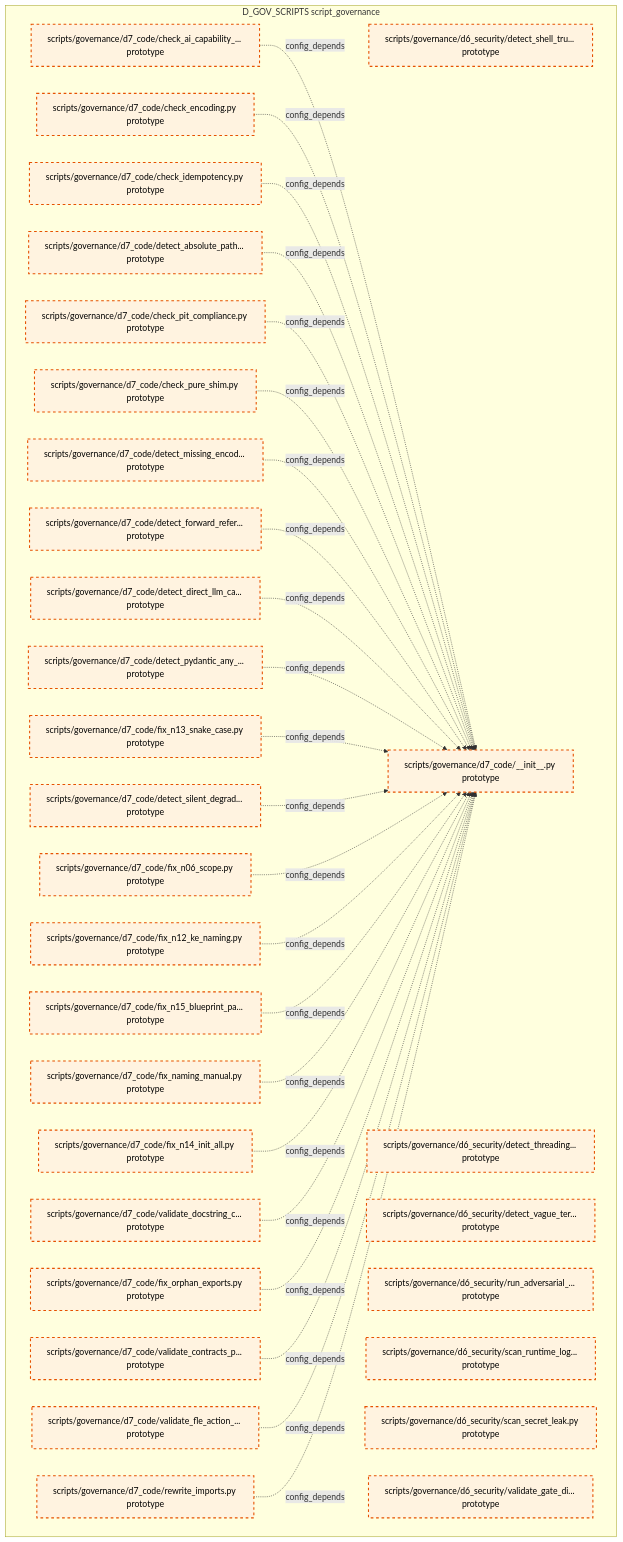
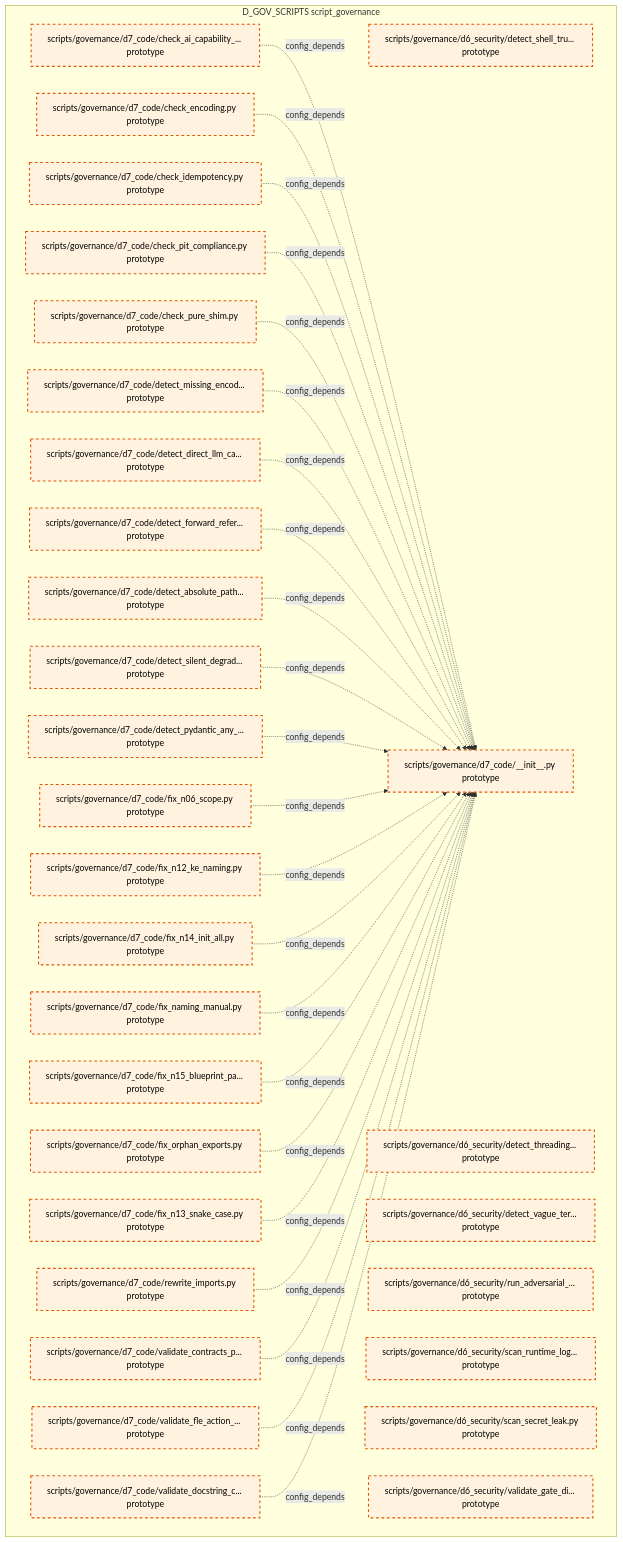
Before and after one commit to xuanFelixVan/ZephyrAlpha: the tenth of 15 diagrams in docs/02_enterprise_architecture/02_domain_architecture_docs/36_d_gov_scripts.md, drawn with Mermaid. The commit also changed other lines of this file and 99 other files, not shown here.

````diff
--- a/docs/02_enterprise_architecture/02_domain_architecture_docs/36_d_gov_scripts.md
+++ b/docs/02_enterprise_architecture/02_domain_architecture_docs/36_d_gov_scripts.md
@@ -688,62 +690,62 @@
 ```mermaid
 graph TD
     subgraph D_GOV_SCRIPTS["D_GOV_SCRIPTS script_governance"]
         scripts_governance_d6_security_detect_shell_true_py["scripts/governance/d6_security/detect_shell_tru... prototype"]
         scripts_governance_d6_security_detect_threading_lock_py["scripts/governance/d6_security/detect_threading... prototype"]
         scripts_governance_d6_security_detect_vague_terms_py["scripts/governance/d6_security/detect_vague_ter... prototype"]
         scripts_governance_d6_security_run_adversarial_checks_py["scripts/governance/d6_security/run_adversarial_... prototype"]
         scripts_governance_d6_security_scan_runtime_log_secrets_py["scripts/governance/d6_security/scan_runtime_log... prototype"]
         scripts_governance_d6_security_scan_secret_leak_py["scripts/governance/d6_security/scan_secret_leak.py prototype"]
         scripts_governance_d6_security_validate_gate_discipline_py["scripts/governance/d6_security/validate_gate_di... prototype"]
         scripts_governance_d7_code_init_py["scripts/governance/d7_code/__init__.py prototype"]
         scripts_governance_d7_code_check_ai_capability_boundary_py["scripts/governance/d7_code/check_ai_capability_... prototype"]
         scripts_governance_d7_code_check_encoding_py["scripts/governance/d7_code/check_encoding.py prototype"]
         scripts_governance_d7_code_check_idempotency_py["scripts/governance/d7_code/check_idempotency.py prototype"]
         scripts_governance_d7_code_check_pit_compliance_py["scripts/governance/d7_code/check_pit_compliance.py prototype"]
         scripts_governance_d7_code_check_pure_shim_py["scripts/governance/d7_code/check_pure_shim.py prototype"]
         scripts_governance_d7_code_detect_absolute_path_hardcoding_py["scripts/governance/d7_code/detect_absolute_path... prototype"]
         scripts_governance_d7_code_detect_direct_llm_calls_py["scripts/governance/d7_code/detect_direct_llm_ca... prototype"]
         scripts_governance_d7_code_detect_forward_reference_py["scripts/governance/d7_code/detect_forward_refer... prototype"]
         scripts_governance_d7_code_detect_missing_encoding_py["scripts/governance/d7_code/detect_missing_encod... prototype"]
         scripts_governance_d7_code_detect_pydantic_any_fields_py["scripts/governance/d7_code/detect_pydantic_any_... prototype"]
         scripts_governance_d7_code_detect_silent_degradation_py["scripts/governance/d7_code/detect_silent_degrad... prototype"]
         scripts_governance_d7_code_fix_n06_scope_py["scripts/governance/d7_code/fix_n06_scope.py prototype"]
         scripts_governance_d7_code_fix_n12_ke_naming_py["scripts/governance/d7_code/fix_n12_ke_naming.py prototype"]
         scripts_governance_d7_code_fix_n13_snake_case_py["scripts/governance/d7_code/fix_n13_snake_case.py prototype"]
         scripts_governance_d7_code_fix_n14_init_all_py["scripts/governance/d7_code/fix_n14_init_all.py prototype"]
         scripts_governance_d7_code_fix_n15_blueprint_path_py["scripts/governance/d7_code/fix_n15_blueprint_pa... prototype"]
         scripts_governance_d7_code_fix_naming_manual_py["scripts/governance/d7_code/fix_naming_manual.py prototype"]
         scripts_governance_d7_code_fix_orphan_exports_py["scripts/governance/d7_code/fix_orphan_exports.py prototype"]
         scripts_governance_d7_code_rewrite_imports_py["scripts/governance/d7_code/rewrite_imports.py prototype"]
         scripts_governance_d7_code_validate_contracts_purity_py["scripts/governance/d7_code/validate_contracts_p... prototype"]
         scripts_governance_d7_code_validate_docstring_coverage_py["scripts/governance/d7_code/validate_docstring_c... prototype"]
         scripts_governance_d7_code_validate_fle_action_metadata_py["scripts/governance/d7_code/validate_fle_action_... prototype"]
     end
     scripts_governance_d7_code_check_ai_capability_boundary_py -.->|config_depends| scripts_governance_d7_code_init_py
     scripts_governance_d7_code_check_encoding_py -.->|config_depends| scripts_governance_d7_code_init_py
     scripts_governance_d7_code_check_idempotency_py -.->|config_depends| scripts_governance_d7_code_init_py
-    scripts_governance_d7_code_detect_absolute_path_hardcoding_py -.->|config_depends| scripts_governance_d7_code_init_py
     scripts_governance_d7_code_check_pit_compliance_py -.->|config_depends| scripts_governance_d7_code_init_py
     scripts_governance_d7_code_check_pure_shim_py -.->|config_depends| scripts_governance_d7_code_init_py
     scripts_governance_d7_code_detect_missing_encoding_py -.->|config_depends| scripts_governance_d7_code_init_py
+    scripts_governance_d7_code_detect_direct_llm_calls_py -.->|config_depends| scripts_governance_d7_code_init_py
     scripts_governance_d7_code_detect_forward_reference_py -.->|config_depends| scripts_governance_d7_code_init_py
-    scripts_governance_d7_code_detect_direct_llm_calls_py -.->|config_depends| scripts_governance_d7_code_init_py
+    scripts_governance_d7_code_detect_absolute_path_hardcoding_py -.->|config_depends| scripts_governance_d7_code_init_py
+    scripts_governance_d7_code_detect_silent_degradation_py -.->|config_depends| scripts_governance_d7_code_init_py
     scripts_governance_d7_code_detect_pydantic_any_fields_py -.->|config_depends| scripts_governance_d7_code_init_py
-    scripts_governance_d7_code_fix_n13_snake_case_py -.->|config_depends| scripts_governance_d7_code_init_py
-    scripts_governance_d7_code_detect_silent_degradation_py -.->|config_depends| scripts_governance_d7_code_init_py
     scripts_governance_d7_code_fix_n06_scope_py -.->|config_depends| scripts_governance_d7_code_init_py
     scripts_governance_d7_code_fix_n12_ke_naming_py -.->|config_depends| scripts_governance_d7_code_init_py
+    scripts_governance_d7_code_fix_n14_init_all_py -.->|config_depends| scripts_governance_d7_code_init_py
+    scripts_governance_d7_code_fix_naming_manual_py -.->|config_depends| scripts_governance_d7_code_init_py
     scripts_governance_d7_code_fix_n15_blueprint_path_py -.->|config_depends| scripts_governance_d7_code_init_py
-    scripts_governance_d7_code_fix_naming_manual_py -.->|config_depends| scripts_governance_d7_code_init_py
-    scripts_governance_d7_code_fix_n14_init_all_py -.->|config_depends| scripts_governance_d7_code_init_py
-    scripts_governance_d7_code_validate_docstring_coverage_py -.->|config_depends| scripts_governance_d7_code_init_py
     scripts_governance_d7_code_fix_orphan_exports_py -.->|config_depends| scripts_governance_d7_code_init_py
+    scripts_governance_d7_code_fix_n13_snake_case_py -.->|config_depends| scripts_governance_d7_code_init_py
+    scripts_governance_d7_code_rewrite_imports_py -.->|config_depends| scripts_governance_d7_code_init_py
     scripts_governance_d7_code_validate_contracts_purity_py -.->|config_depends| scripts_governance_d7_code_init_py
     scripts_governance_d7_code_validate_fle_action_metadata_py -.->|config_depends| scripts_governance_d7_code_init_py
-    scripts_governance_d7_code_rewrite_imports_py -.->|config_depends| scripts_governance_d7_code_init_py
+    scripts_governance_d7_code_validate_docstring_coverage_py -.->|config_depends| scripts_governance_d7_code_init_py
     classDef production fill:#e1f5fe,stroke:#01579b,stroke-width:2px,color:#000
     classDef design fill:#fff3e0,stroke:#e65100,stroke-width:2px,color:#000,stroke-dasharray: 5 5
     classDef external_prod fill:#e8f5e9,stroke:#1b5e20,stroke-width:1px,color:#000
     classDef external_design fill:#fce4ec,stroke:#880e4f,stroke-width:1px,color:#000,stroke-dasharray: 5 5
     class scripts_governance_d6_security_detect_shell_true_py,scripts_governance_d6_security_detect_threading_lock_py,scripts_governance_d6_security_detect_vague_terms_py,scripts_governance_d6_security_run_adversarial_checks_py,scripts_governance_d6_security_scan_runtime_log_secrets_py,scripts_governance_d6_security_scan_secret_leak_py,scripts_governance_d6_security_validate_gate_discipline_py,scripts_governance_d7_code_init_py,scripts_governance_d7_code_check_ai_capability_boundary_py,scripts_governance_d7_code_check_encoding_py,scripts_governance_d7_code_check_idempotency_py,scripts_governance_d7_code_check_pit_compliance_py,scripts_governance_d7_code_check_pure_shim_py,scripts_governance_d7_code_detect_absolute_path_hardcoding_py,scripts_governance_d7_code_detect_direct_llm_calls_py,scripts_governance_d7_code_detect_forward_reference_py,scripts_governance_d7_code_detect_missing_encoding_py,scripts_governance_d7_code_detect_pydantic_any_fields_py,scripts_governance_d7_code_detect_silent_degradation_py,scripts_governance_d7_code_fix_n06_scope_py,scripts_governance_d7_code_fix_n12_ke_naming_py,scripts_governance_d7_code_fix_n13_snake_case_py,scripts_governance_d7_code_fix_n14_init_all_py,scripts_governance_d7_code_fix_n15_blueprint_path_py,scripts_governance_d7_code_fix_naming_manual_py,scripts_governance_d7_code_fix_orphan_exports_py,scripts_governance_d7_code_rewrite_imports_py,scripts_governance_d7_code_validate_contracts_purity_py,scripts_governance_d7_code_validate_docstring_coverage_py,scripts_governance_d7_code_validate_fle_action_metadata_py design
 ```
````
